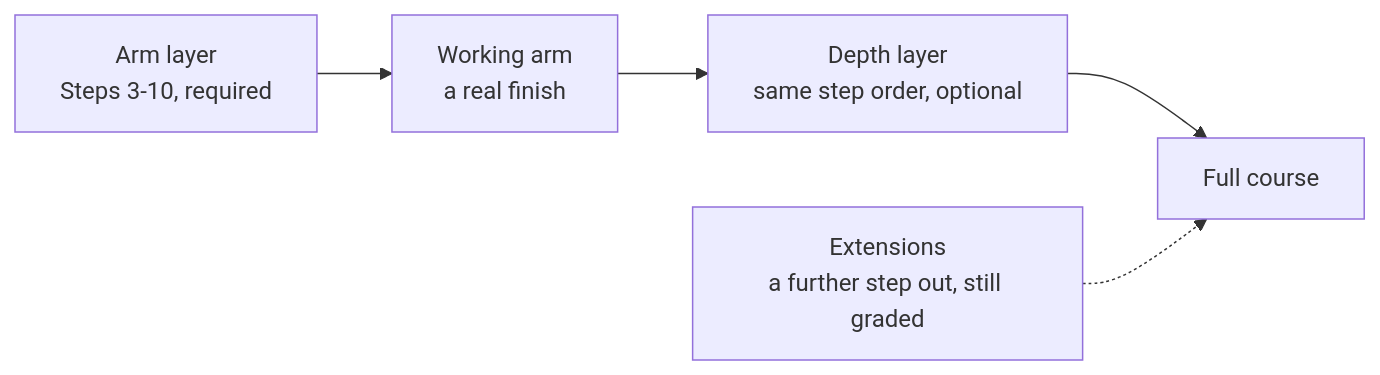
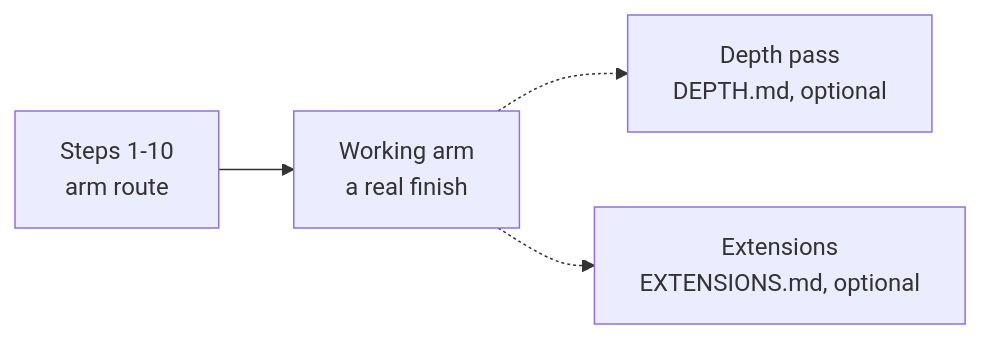
Before and after one commit to TLE47/Mechatronics-Roadmap: the diagram in docs/SIM_ROUTE.md, drawn with Mermaid. The commit also changed other lines of this file and 13 other files, not shown here.

First line of the commit message:
Give the depth modules their own page and keep the arm hours honest

````diff
--- a/docs/SIM_ROUTE.md
+++ b/docs/SIM_ROUTE.md
@@ -28,7 +23,6 @@
 ```mermaid
 flowchart LR
-    Arm["Arm layer<br/>Steps 3-10, required"] --> ArmDone["Working arm<br/>a real finish"]
-    ArmDone --> Depth["Depth layer<br/>same step order, optional"]
-    Depth --> Done["Full course"]
-    Ext["Extensions<br/>a further step out, still graded"] -.-> Done
+    Arm["Steps 1-10<br/>arm route"] --> ArmDone["Working arm<br/>a real finish"]
+    ArmDone -.-> Depth["Depth pass<br/>DEPTH.md, optional"]
+    ArmDone -.-> Ext["Extensions<br/>EXTENSIONS.md, optional"]
 ```
````
